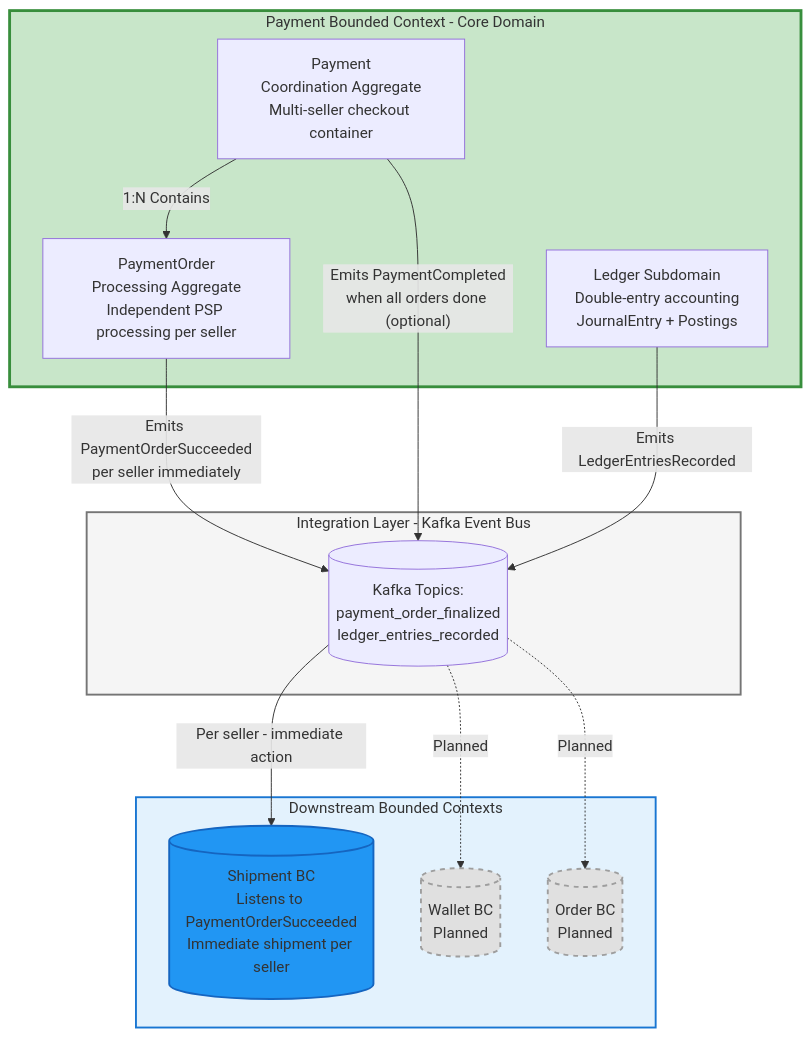
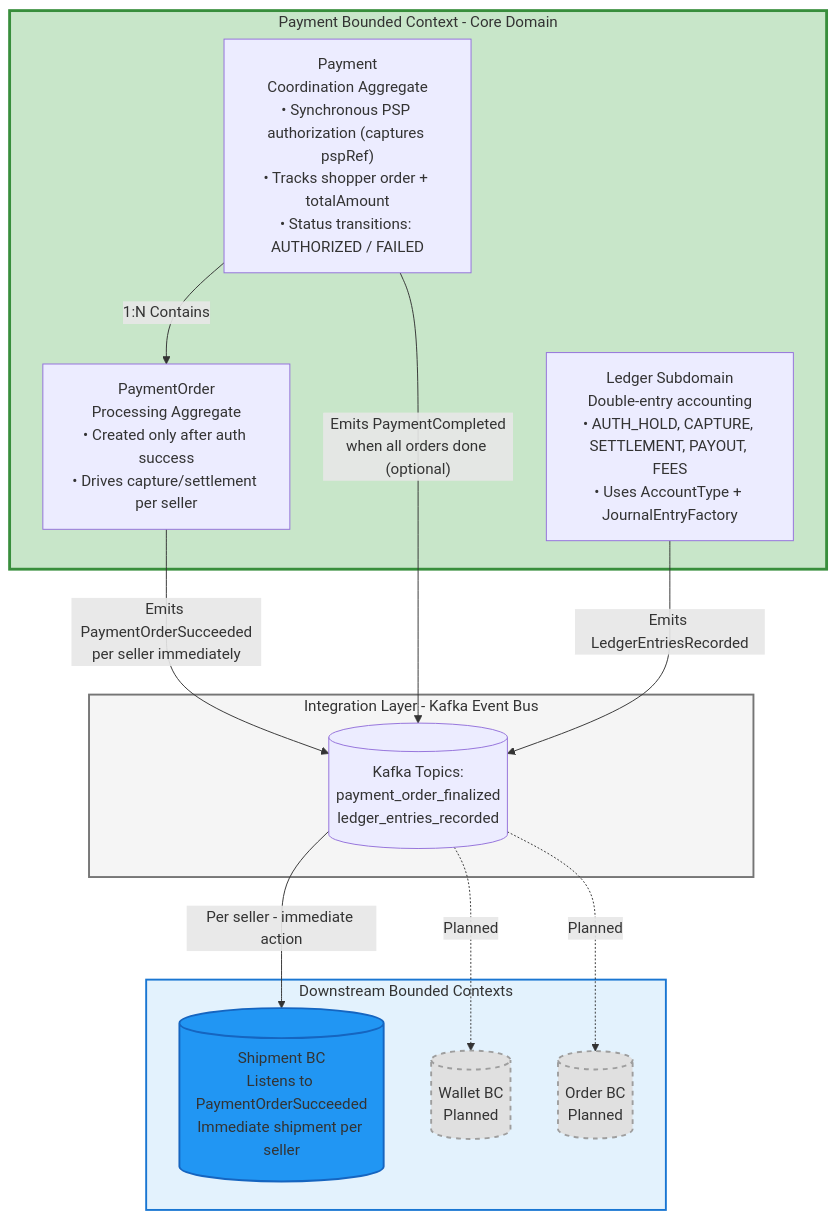
One commit to dcaglar/ecommerce-platform-kotlin changed the second of 9 diagrams in docs/architecture-internal-reader.md. Above: the diagram before and after it, drawn with Mermaid. The commit also changed other lines of this file and 125 other files, not shown here.

Commit message:
rewrite for MoF flow

````diff
--- a/docs/architecture-internal-reader.md
+++ b/docs/architecture-internal-reader.md
@@ -107,37 +106,37 @@
 ```mermaid
 %%{init:{'theme':'default','flowchart':{'nodeSpacing':50,'rankSpacing':60}}}%%
 flowchart TB
     classDef payment fill:#4CAF50,stroke:#2E7D32,stroke-width:3px;
     classDef downstream fill:#2196F3,stroke:#1565C0,stroke-width:2px;
     classDef infrastructure fill:#9E9E9E,stroke:#616161,stroke-width:2px;
     classDef planned fill:#E0E0E0,stroke:#9E9E9E,stroke-width:2px,stroke-dasharray: 5 5;
 
     subgraph Payment_BC["Payment Bounded Context - Core Domain"]
-        Payment_Agg["Payment<br/>Coordination Aggregate<br/>Multi-seller checkout container"]
-        PaymentOrder_Agg["PaymentOrder<br/>Processing Aggregate<br/>Independent PSP processing per seller"]
-        Ledger_Subdomain["Ledger Subdomain<br/>Double-entry accounting<br/>JournalEntry + Postings"]
+        Payment_Agg["Payment<br/>Coordination Aggregate<br/>• Synchronous PSP authorization (captures pspRef)<br/>• Tracks shopper order + totalAmount<br/>• Status transitions: AUTHORIZED / FAILED"]
+        PaymentOrder_Agg["PaymentOrder<br/>Processing Aggregate<br/>• Created only after auth success<br/>• Drives capture/settlement per seller"]
+        Ledger_Subdomain["Ledger Subdomain<br/>Double-entry accounting<br/>• AUTH_HOLD, CAPTURE, SETTLEMENT, PAYOUT, FEES<br/>• Uses AccountType + JournalEntryFactory"]
     end
 
     subgraph Integration["Integration Layer - Kafka Event Bus"]
         KAFKA[("Kafka Topics:<br/>payment_order_finalized<br/>ledger_entries_recorded")]
     end
 
     subgraph Downstream_BCs["Downstream Bounded Contexts"]
         Shipment_BC[("Shipment BC<br/>Listens to PaymentOrderSucceeded<br/>Immediate shipment per seller")]:::downstream
         Wallet_BC[("Wallet BC<br/>Planned")]:::planned
         Order_BC[("Order BC<br/>Planned")]:::planned
     end
 
     Payment_Agg -->|"1:N Contains"| PaymentOrder_Agg
     PaymentOrder_Agg -->|"Emits PaymentOrderSucceeded<br/>per seller immediately"| KAFKA
     Payment_Agg -->|"Emits PaymentCompleted<br/>when all orders done (optional)"| KAFKA
     Ledger_Subdomain -->|"Emits LedgerEntriesRecorded"| KAFKA
     
     KAFKA -->|"Per seller - immediate action"| Shipment_BC
     KAFKA -.->|"Planned"| Wallet_BC
     KAFKA -.->|"Planned"| Order_BC
 
     style Payment_BC fill:#C8E6C9,stroke:#388E3C,stroke-width:3px
     style Integration fill:#F5F5F5,stroke:#757575,stroke-width:2px
     style Downstream_BCs fill:#E3F2FD,stroke:#1976D2,stroke-width:2px
 ```
````
